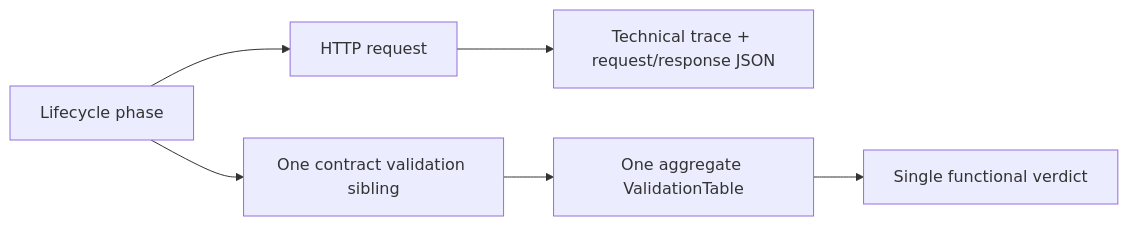
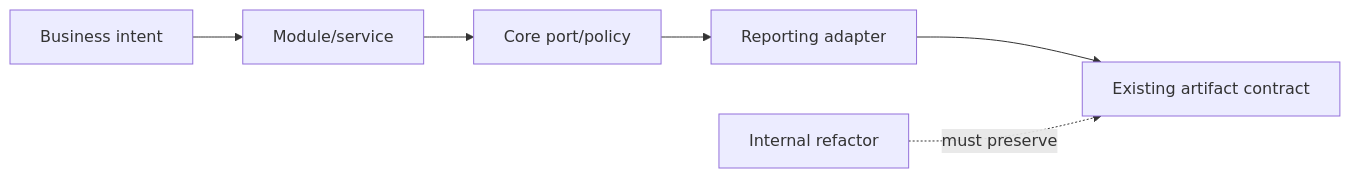
One commit to crististefanita/CS1 changed the first of 2 diagrams in docs/feedback/CONSTRUCTIVE_EVALUATION_RESOLUTION.md. Above: the diagram before and after it, drawn with Mermaid. The commit also changed other lines of this file and 210 other files, not shown here.

Commit message:
Modularize API lifecycle and Extent reporting

````diff
--- a/docs/feedback/CONSTRUCTIVE_EVALUATION_RESOLUTION.md
+++ b/docs/feedback/CONSTRUCTIVE_EVALUATION_RESOLUTION.md
@@ -10,8 +10,8 @@
 ```mermaid
 flowchart LR
-    P[Lifecycle phase] --> R[HTTP request]
-    R --> E[Technical trace + request/response JSON]
-    P --> V[One contract validation sibling]
-    V --> T[One aggregate ValidationTable]
-    T --> D[Single functional verdict]
+    Intent[Business intent] --> Module[Module/service]
+    Module --> Core[Core port/policy]
+    Core --> Adapter[Reporting adapter]
+    Adapter --> Existing[Existing artifact contract]
+    Refactor[Internal refactor] -. must preserve .-> Existing
 ```
````
